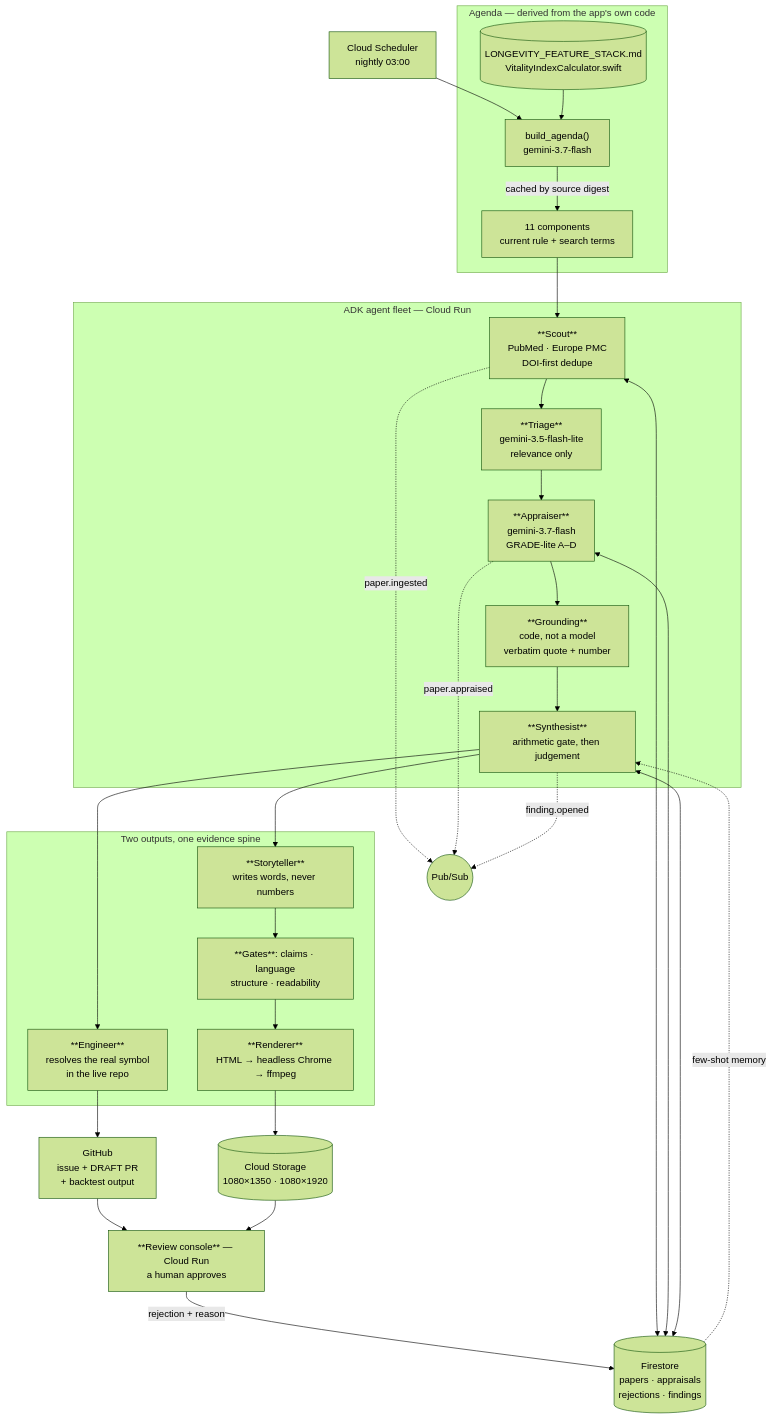
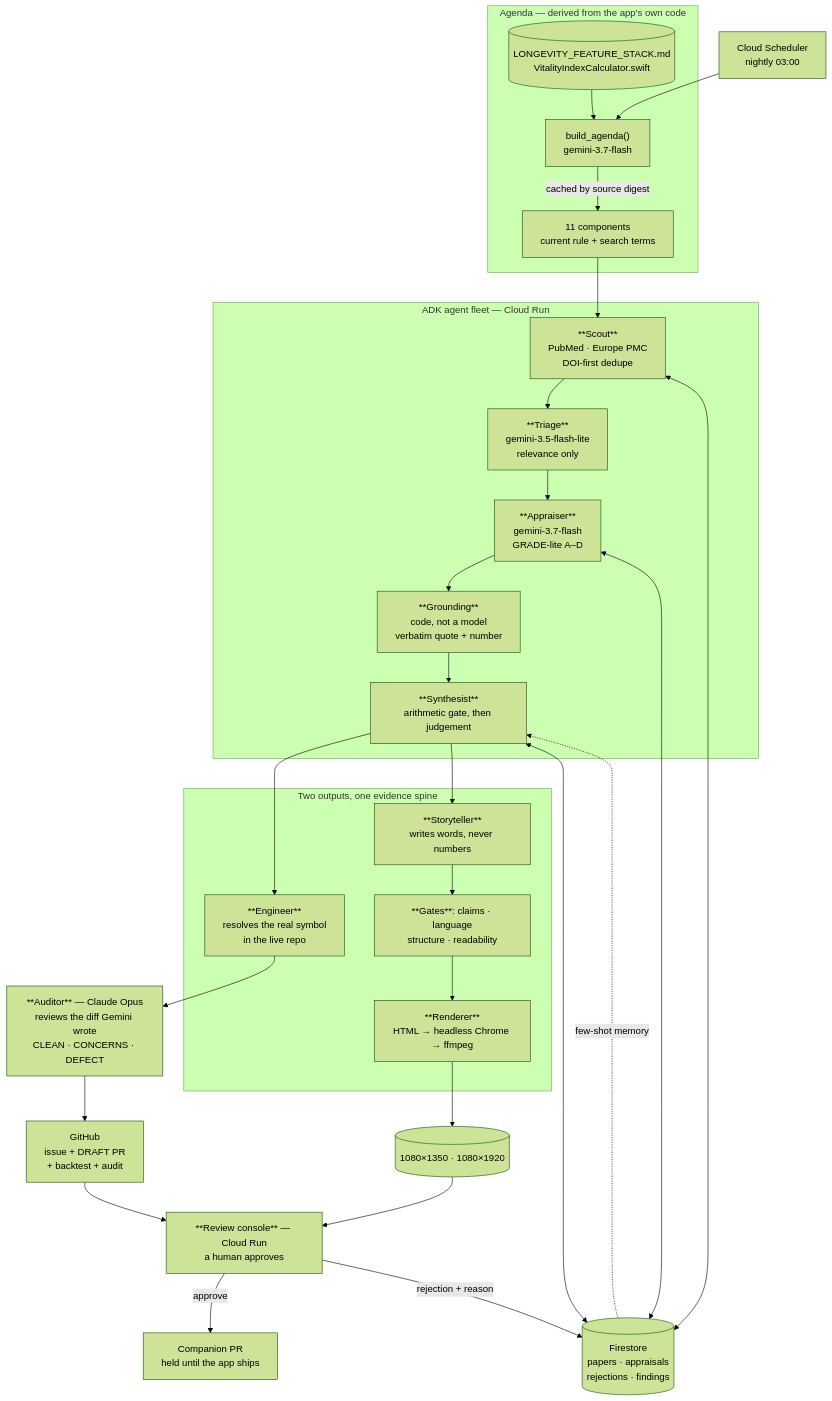
The diagram in docs/architecture.md (m1insights/provenance), drawn with Mermaid (forest theme) before and after one commit. The commit also changed other lines of this file and 7 other files, not shown here.

First line of the commit message:
docs: stop claiming Pub/Sub and Cloud Storage, and put the auditor in the diagram

````diff
--- a/docs/architecture.md
+++ b/docs/architecture.md
@@ -14,51 +14,49 @@
 ```mermaid
 flowchart TB
     SCHED["Cloud Scheduler<br/>nightly 03:00"] --> AGENDA
 
     subgraph DERIVE["Agenda — derived from the app's own code"]
         AGENDA["build_agenda()<br/>gemini-3.7-flash"]
         SRC[("LONGEVITY_FEATURE_STACK.md<br/>VitalityIndexCalculator.swift")]
         SRC --> AGENDA
         AGENDA -->|"cached by source digest"| ITEMS["11 components<br/>current rule + search terms"]
     end
 
     ITEMS --> SCOUT
 
     subgraph FLEET["ADK agent fleet — Cloud Run"]
         SCOUT["**Scout**<br/>PubMed · Europe PMC<br/>DOI-first dedupe"]
         TRIAGE["**Triage**<br/>gemini-3.5-flash-lite<br/>relevance only"]
         APPRAISE["**Appraiser**<br/>gemini-3.7-flash<br/>GRADE-lite A–D"]
         GROUND["**Grounding**<br/>code, not a model<br/>verbatim quote + number"]
         SYNTH["**Synthesist**<br/>arithmetic gate, then judgement"]
         SCOUT --> TRIAGE --> APPRAISE --> GROUND --> SYNTH
     end
 
-    SCOUT -.->|paper.ingested| PS(("Pub/Sub"))
-    APPRAISE -.->|paper.appraised| PS
-    SYNTH -.->|finding.opened| PS
-
     SYNTH --> ENG
     SYNTH --> STORY
 
     subgraph OUT["Two outputs, one evidence spine"]
         ENG["**Engineer**<br/>resolves the real symbol<br/>in the live repo"]
         STORY["**Storyteller**<br/>writes words, never numbers"]
         GATES["**Gates**: claims · language<br/>structure · readability"]
         RENDER["**Renderer**<br/>HTML → headless Chrome → ffmpeg"]
         STORY --> GATES --> RENDER
     end
 
-    ENG --> GH["GitHub<br/>issue + DRAFT PR<br/>+ backtest output"]
-    RENDER --> GCS[("Cloud Storage<br/>1080×1350 · 1080×1920")]
+    ENG --> AUDIT["**Auditor** — Claude Opus<br/>reviews the diff Gemini wrote<br/>CLEAN · CONCERNS · DEFECT"]
+    AUDIT --> GH["GitHub<br/>issue + DRAFT PR<br/>+ backtest + audit"]
+    RENDER --> CREATIVES[("1080×1350 · 1080×1920")]
 
     GH --> CONSOLE
-    GCS --> CONSOLE
+    CREATIVES --> CONSOLE
     CONSOLE["**Review console** — Cloud Run<br/>a human approves"]
+    CONSOLE -->|"approve"| COMPANION["Companion PR<br/>held until the app ships"]
     CONSOLE -->|"rejection + reason"| FS
 
     FS[("Firestore<br/>papers · appraisals<br/>rejections · findings")]
     SCOUT <--> FS
     APPRAISE <--> FS
     SYNTH <--> FS
     FS -.->|"few-shot memory"| SYNTH
 ```
````
